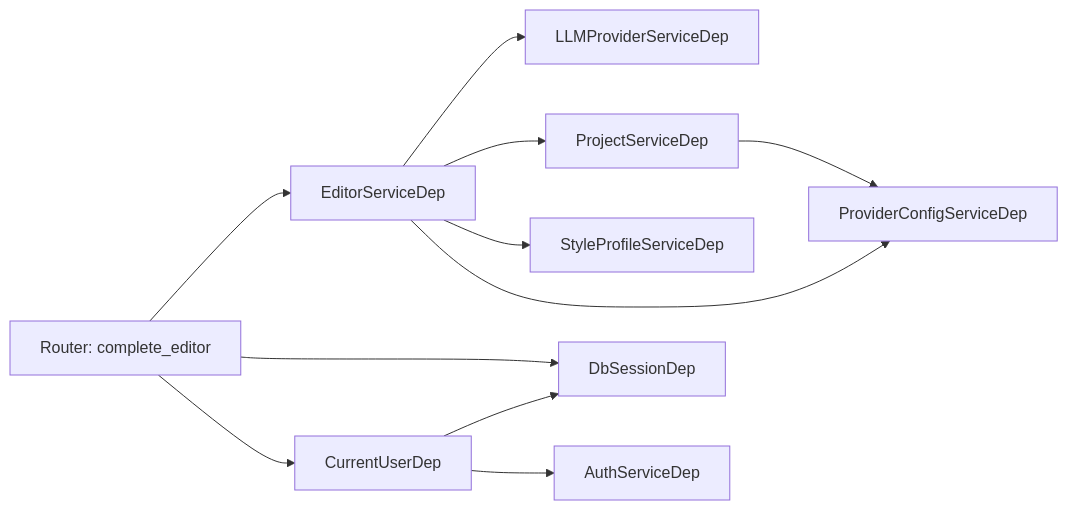
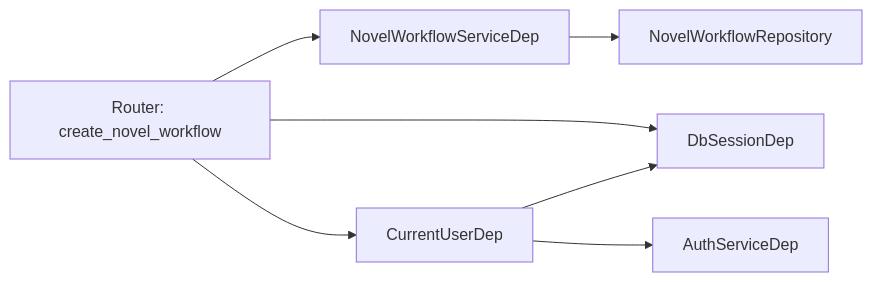
One commit to nsxzhou/Persona changed the second of 2 diagrams in wiki/10-architecture/11-backend-layering.md. Above: the diagram before and after it, drawn with Mermaid. The commit also changed other lines of this file and 113 other files, not shown here.

Commit message:
feat: migrate editor flows to novel workflows

````diff
--- a/wiki/10-architecture/11-backend-layering.md
+++ b/wiki/10-architecture/11-backend-layering.md
@@ -133,13 +133,9 @@
 ```mermaid
 flowchart LR
-    R[Router: complete_editor] --> ES[EditorServiceDep]
-    ES --> LPS[LLMProviderServiceDep]
-    ES --> PS[ProjectServiceDep]
-    PS --> PCS[ProviderConfigServiceDep]
-    ES --> SPS[StyleProfileServiceDep]
-    ES --> PCS
+    R[Router: create_novel_workflow] --> NWS[NovelWorkflowServiceDep]
+    NWS --> Repo[NovelWorkflowRepository]
     R --> DBD[DbSessionDep]
     R --> CUD[CurrentUserDep]
     CUD --> DBD
     CUD --> AS[AuthServiceDep]
 ```
````
